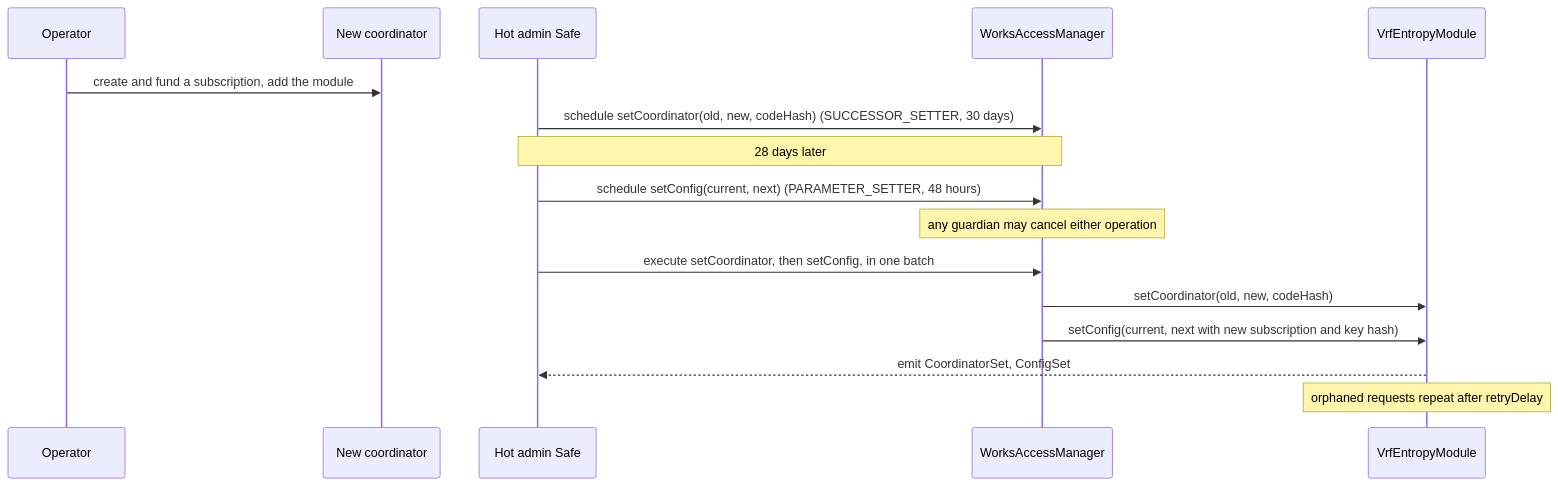
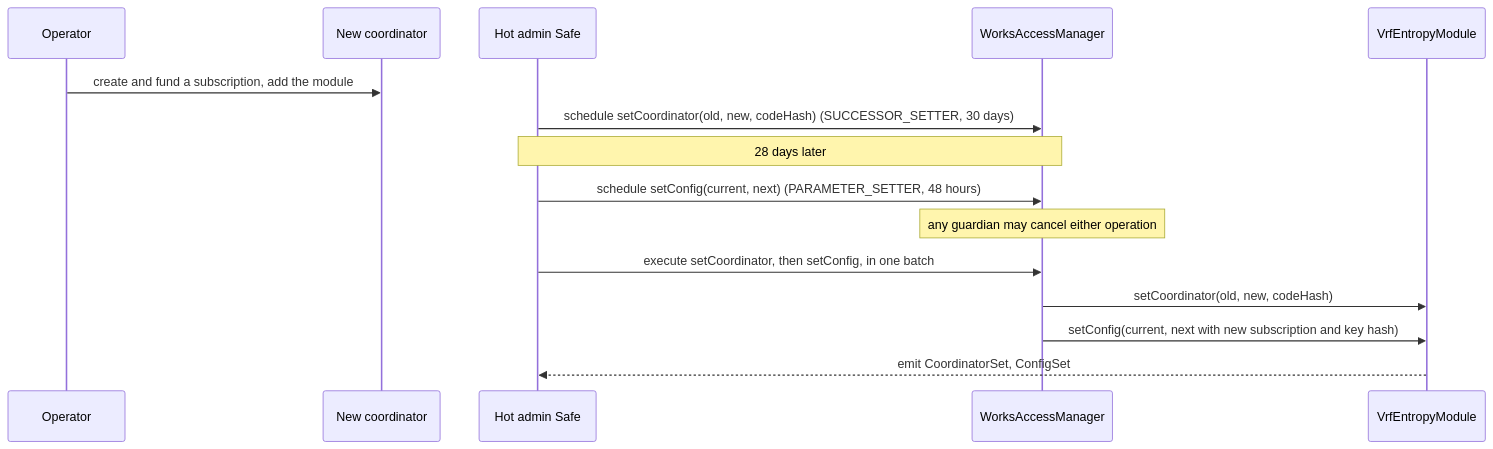
Before and after one commit to 6529-Collections/6529-works: the fifth of 5 diagrams in docs/spec/entropy.md, drawn with Mermaid. The commit also changed other lines of this file and 36 other files, not shown here.

````diff
--- a/docs/spec/entropy.md
+++ b/docs/spec/entropy.md
@@ -261,18 +237,17 @@
 ```mermaid
 sequenceDiagram
     participant Ops as Operator
     participant NewCoord as New coordinator
     participant Setter as Hot admin Safe
     participant Manager as WorksAccessManager
     participant Module as VrfEntropyModule
     Ops->>NewCoord: create and fund a subscription, add the module
     Setter->>Manager: schedule setCoordinator(old, new, codeHash) (SUCCESSOR_SETTER, 30 days)
     Note over Setter,Manager: 28 days later
     Setter->>Manager: schedule setConfig(current, next) (PARAMETER_SETTER, 48 hours)
     Note over Manager: any guardian may cancel either operation
     Setter->>Manager: execute setCoordinator, then setConfig, in one batch
     Manager->>Module: setCoordinator(old, new, codeHash)
     Manager->>Module: setConfig(current, next with new subscription and key hash)
     Module-->>Setter: emit CoordinatorSet, ConfigSet
-    Note over Module: orphaned requests repeat after retryDelay
 ```
````
